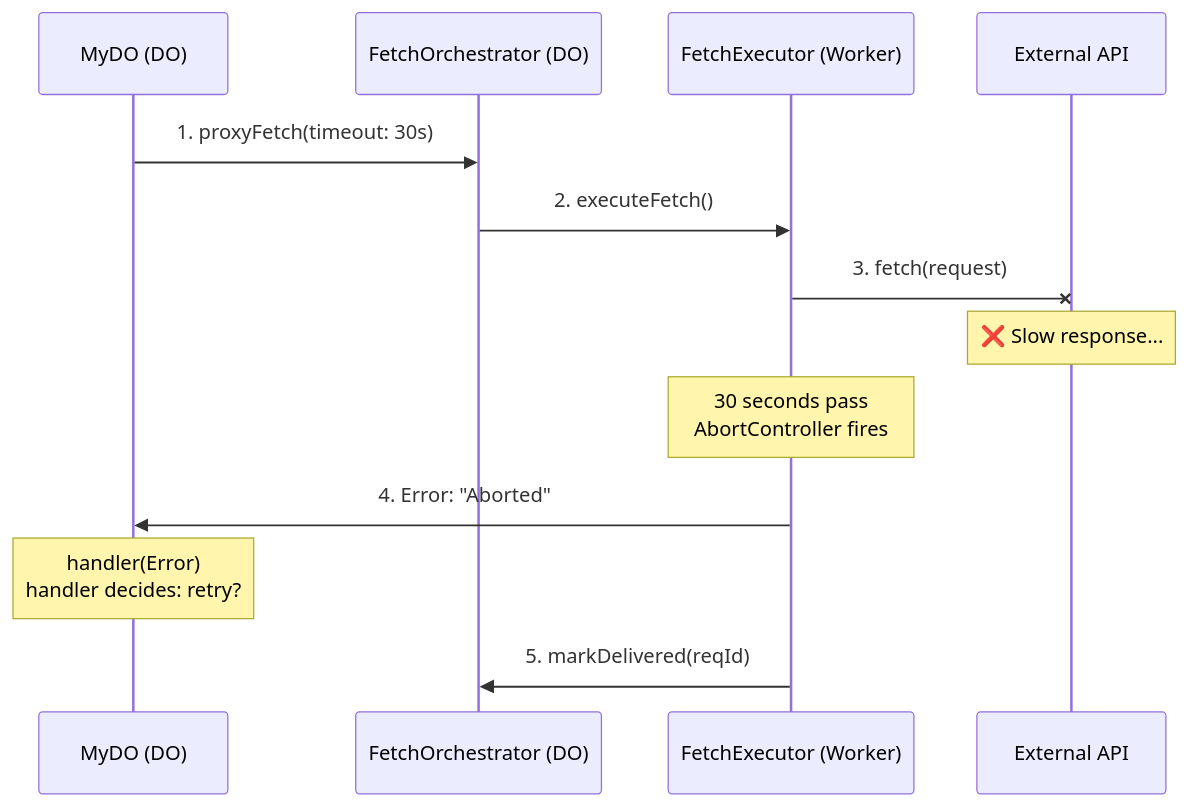
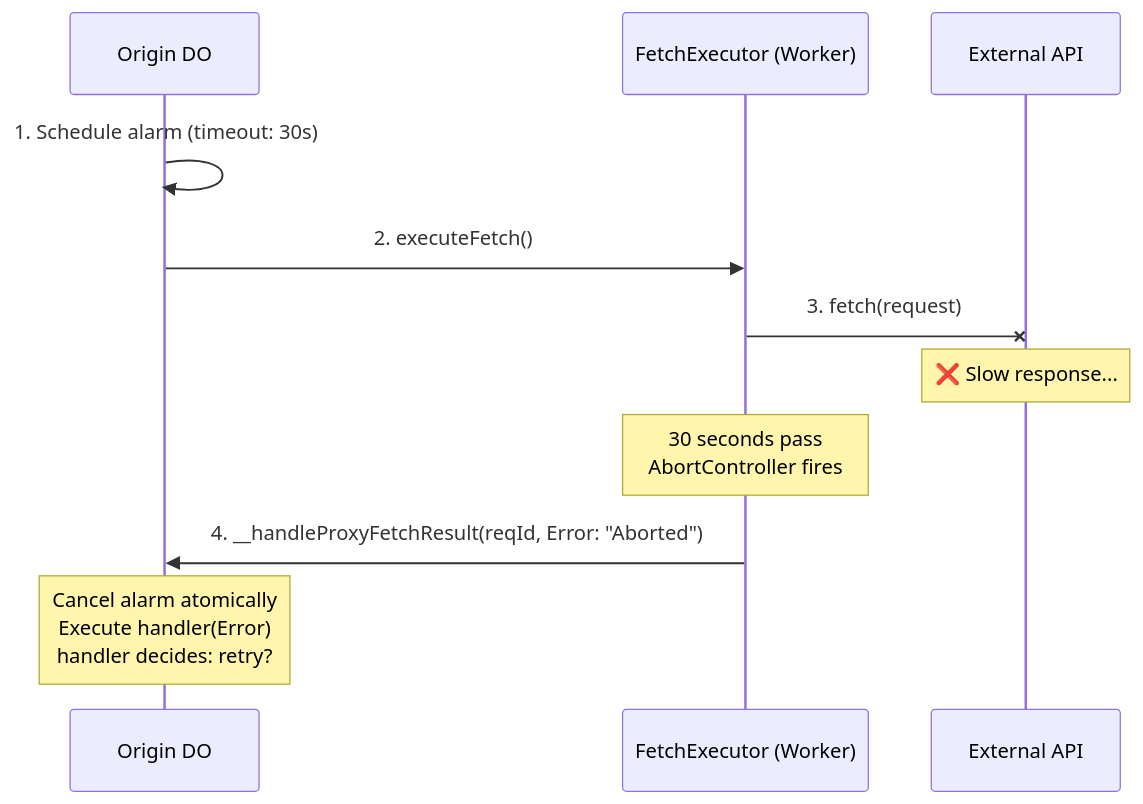
One commit to lumenize/lumenize changed the seventh of 14 diagrams in website/docs/proxy-fetch/architecture-and-failure-modes.mdx. Above: the diagram before and after it, drawn with Mermaid. The commit also changed other lines of this file and 46 other files, not shown here.

Commit message:
Still doing cleanup and code review on proxy-fetch but almost there

````diff
--- a/website/docs/proxy-fetch/architecture-and-failure-modes.mdx
+++ b/website/docs/proxy-fetch/architecture-and-failure-modes.mdx
@@ -322,20 +372,17 @@
 ```mermaid @skip-check
 sequenceDiagram
-    participant MyDO as MyDO (DO)
-    participant Orch as FetchOrchestrator (DO)
+    participant Origin as Origin DO
     participant Exec as FetchExecutor (Worker)
     participant API as External API
 
-    MyDO->>Orch: 1. proxyFetch(timeout: 30s)
-    Orch->>Exec: 2. executeFetch()
+    Origin->>Origin: 1. Schedule alarm (timeout: 30s)
+    Origin->>Exec: 2. executeFetch()
     
     Exec-xAPI: 3. fetch(request)
     Note over API: ❌ Slow response...
     
     Note over Exec: 30 seconds pass<br/>AbortController fires
     
-    Exec->>MyDO: 4. Error: "Aborted"
-    Note over MyDO: handler(Error)<br/>handler decides: retry?
-    
-    Exec->>Orch: 5. markDelivered(reqId)
+    Exec->>Origin: 4. __handleProxyFetchResult(reqId, Error: "Aborted")
+    Note over Origin: Cancel alarm atomically<br/>Execute handler(Error)<br/>handler decides: retry?
 ```
````
